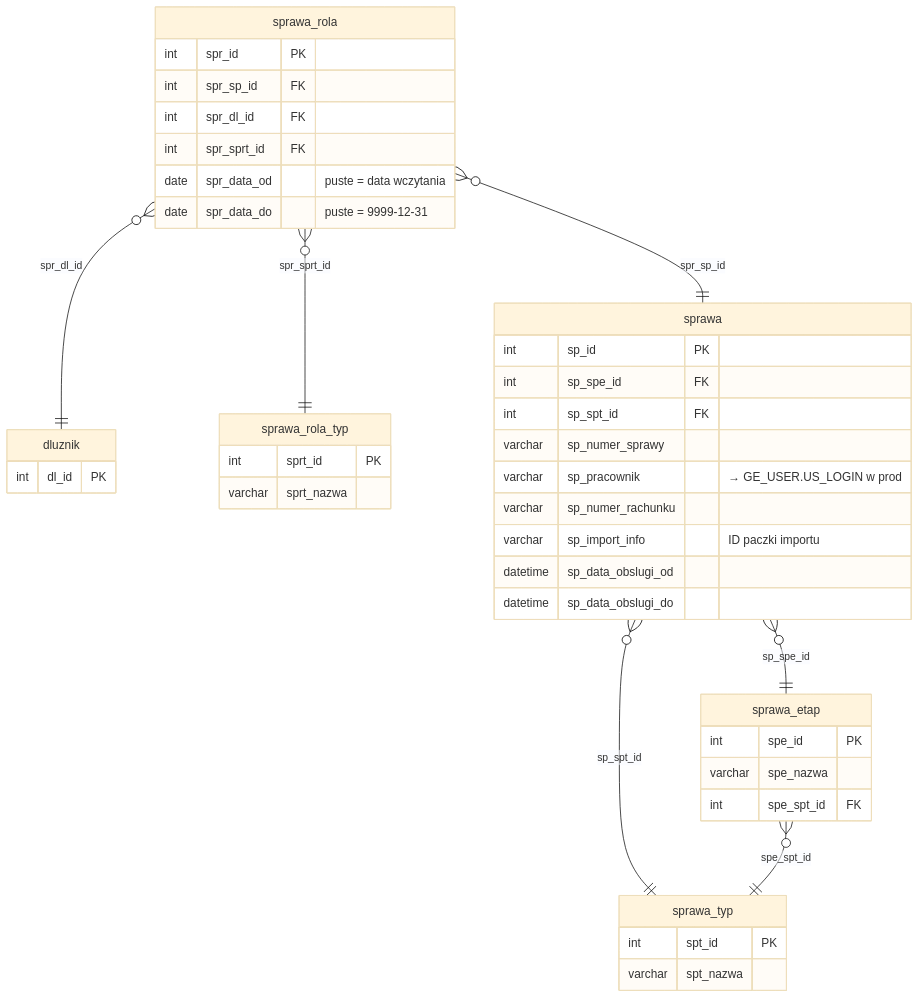
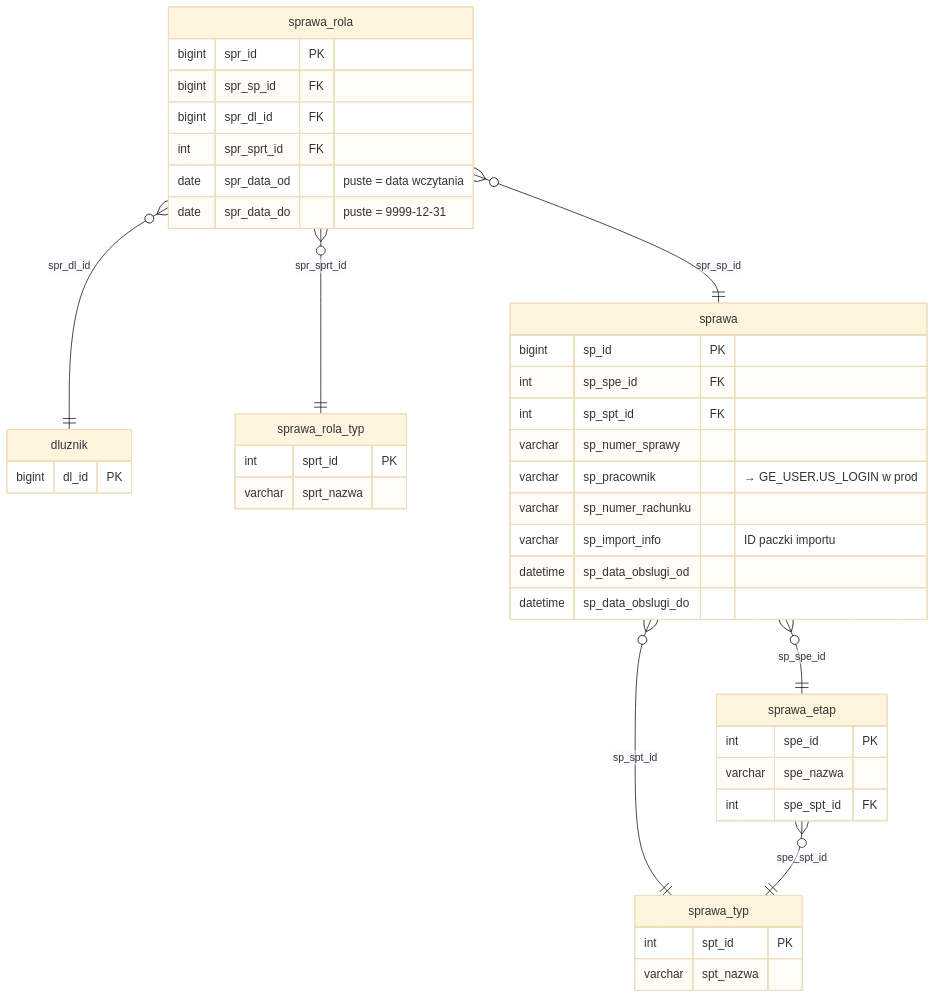
One commit to oskar-bialek-bakk/intrum-migration-docs changed the diagram in docs/struktura-stagingu/sprawy.md. Above: the diagram before and after it, drawn with Mermaid (base theme). The commit also changed other lines of this file and 12 other files, not shown here.

````diff
--- a/docs/struktura-stagingu/sprawy.md
+++ b/docs/struktura-stagingu/sprawy.md
@@ -22,50 +22,50 @@
 ```mermaid
 erDiagram
     dluznik {
-        int     dl_id    PK
+        bigint  dl_id    PK
     }
 
     sprawa_typ {
         int     spt_id    PK
         varchar spt_nazwa
     }
 
     sprawa_etap {
         int     spe_id     PK
         varchar spe_nazwa
         int     spe_spt_id FK
     }
 
     sprawa_rola_typ {
         int     sprt_id    PK
         varchar sprt_nazwa
     }
 
     sprawa {
-        int      sp_id              PK
+        bigint   sp_id              PK
         int      sp_spe_id          FK
         int      sp_spt_id          FK
         varchar  sp_numer_sprawy
         varchar  sp_pracownik             "→ GE_USER.US_LOGIN w prod"
         varchar  sp_numer_rachunku
         varchar  sp_import_info           "ID paczki importu"
         datetime sp_data_obslugi_od
         datetime sp_data_obslugi_do
     }
 
     sprawa_rola {
-        int      spr_id      PK
-        int      spr_sp_id   FK
-        int      spr_dl_id   FK
+        bigint   spr_id      PK
+        bigint   spr_sp_id   FK
+        bigint   spr_dl_id   FK
         int      spr_sprt_id FK
         date     spr_data_od        "puste = data wczytania"
         date     spr_data_do        "puste = 9999-12-31"
     }
 
     sprawa       }o--||  sprawa_etap     : "sp_spe_id"
     sprawa       }o--||  sprawa_typ      : "sp_spt_id"
     sprawa_etap  }o--||  sprawa_typ      : "spe_spt_id"
     sprawa_rola  }o--||  sprawa          : "spr_sp_id"
     sprawa_rola  }o--||  dluznik         : "spr_dl_id"
     sprawa_rola  }o--||  sprawa_rola_typ : "spr_sprt_id"
 ```
````
